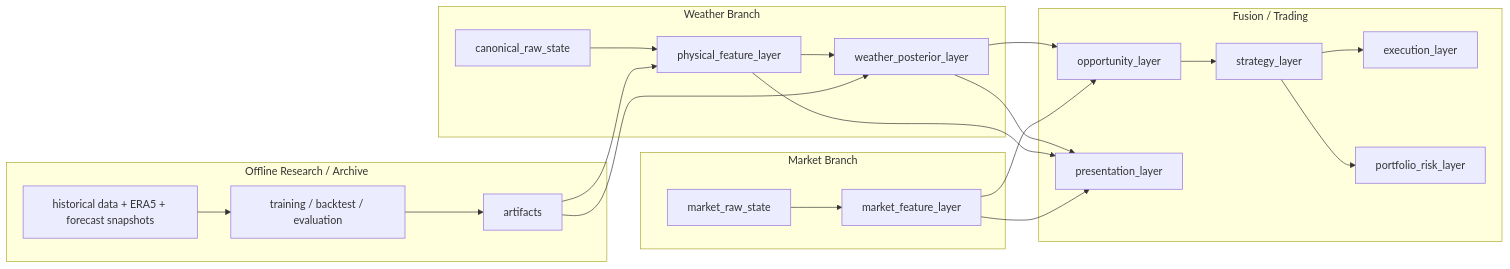
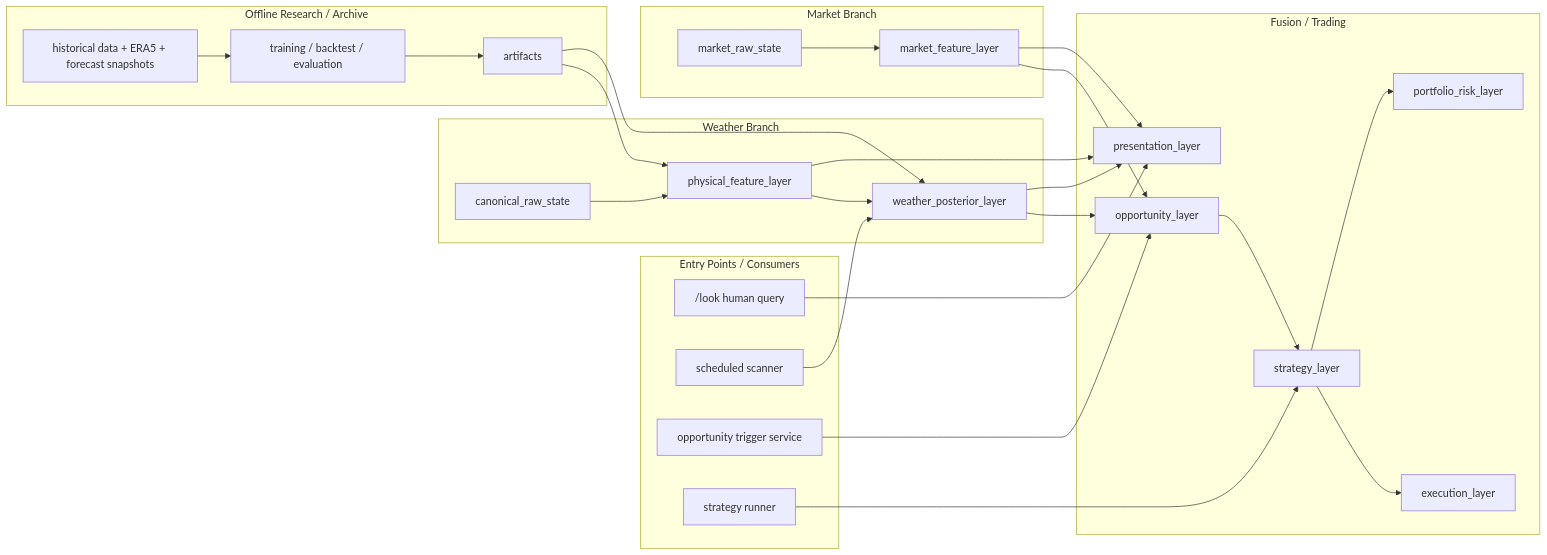
Before and after one commit to sanslayr/polymarket-weatherbot: the second of 2 diagrams in README.md, drawn with Mermaid. The commit also changed other lines of this file and 45 other files, not shown here.

````diff
--- a/README.md
+++ b/README.md
@@ -80,39 +114,55 @@
 ```mermaid
 flowchart LR
+    subgraph Entrypoints["Entry Points / Consumers"]
+        U0["/look human query"]
+        U1["scheduled scanner"]
+        U2["opportunity trigger service"]
+        U3["strategy runner"]
+    end
+
     subgraph Weather["Weather Branch"]
         W0["canonical_raw_state"]
         W1["physical_feature_layer"]
         W2["weather_posterior_layer"]
     end
 
     subgraph Market["Market Branch"]
         M0["market_raw_state"]
         M1["market_feature_layer"]
     end
 
     subgraph Trading["Fusion / Trading"]
         O["opportunity_layer"]
         S["strategy_layer"]
         E["execution_layer"]
         R["portfolio_risk_layer"]
         P["presentation_layer"]
     end
 
     subgraph Research["Offline Research / Archive"]
         D["historical data + ERA5 + forecast snapshots"]
         T["training / backtest / evaluation"]
         A["artifacts"]
     end
 
+    U0 --> P
+    U1 --> W2
+    U2 --> O
+    U3 --> S
+
     W0 --> W1 --> W2
     M0 --> M1
+
     W2 --> O
     M1 --> O
+
     O --> S --> E
     S --> R
+
     W2 --> P
     W1 --> P
     M1 --> P
+
     D --> T --> A --> W1
     A --> W2
 ```
````
